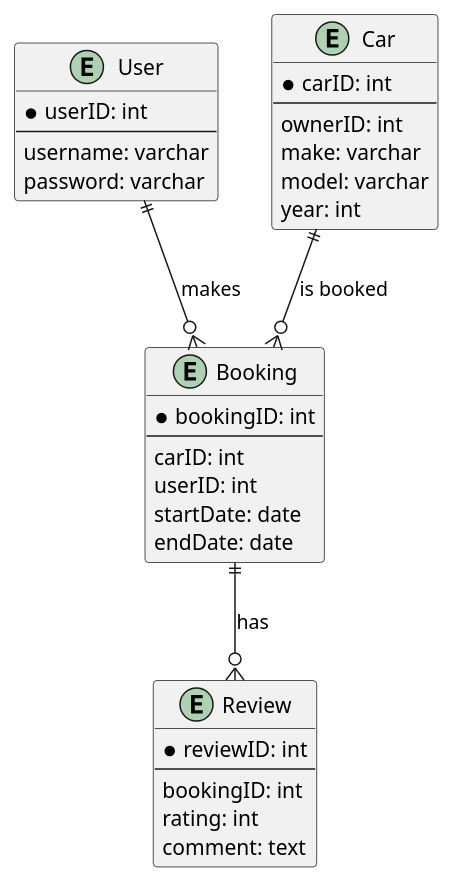
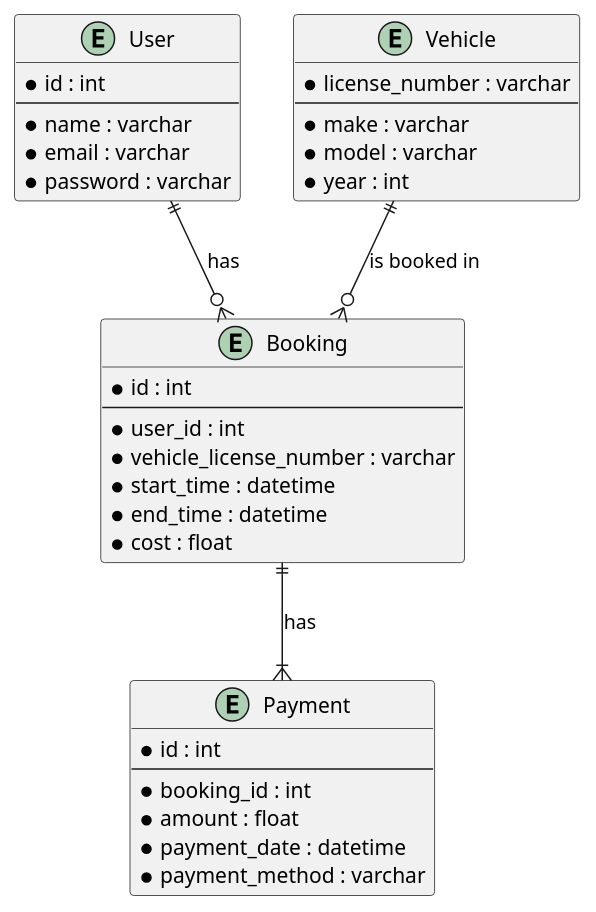
One commit to trungnv184/agents changed the diagram in 2_openai/me/diagrams/4._er_diagram_for_the_database_schema.puml. Above: the diagram before and after it, drawn with PlantUML. The commit also changed other lines of this file and 6 other files, not shown here.

```diff
--- a/2_openai/me/diagrams/4._er_diagram_for_the_database_schema.puml
+++ b/2_openai/me/diagrams/4._er_diagram_for_the_database_schema.puml
@@ -3,40 +3,41 @@
-@startuml CarSharingApp_ERDiagram
-
+@startuml
 entity "User" {
-  *userID: int
+  *id : int
   --
-  username: varchar
-  password: varchar
+  *name : varchar
+  *email : varchar
+  *password : varchar
 }
 
-entity "Car" {
-  *carID: int
+entity "Vehicle" {
+  *license_number : varchar
   --
-  ownerID: int
-  make: varchar
-  model: varchar
-  year: int
+  *make : varchar
+  *model : varchar
+  *year : int
 }
 
 entity "Booking" {
-  *bookingID: int
+  *id : int
   --
-  carID: int
-  userID: int
-  startDate: date
-  endDate: date
+  *user_id : int
+  *vehicle_license_number : varchar
+  *start_time : datetime
+  *end_time : datetime
+  *cost : float
 }
 
-entity "Review" {
-  *reviewID: int
+entity "Payment" {
+  *id : int
   --
-  bookingID: int
-  rating: int
-  comment: text
+  *booking_id : int
+  *amount : float
+  *payment_date : datetime
+  *payment_method : varchar
 }
 
-User ||--o{ Booking : "makes"
-Car ||--o{ Booking : "is booked"
-Booking ||--o{ Review : "has"
+User ||--o{ Booking : "has"
+Vehicle ||--o{ Booking : "is booked in"
+Booking ||--|{ Payment : "has"
 
 @enduml
```
